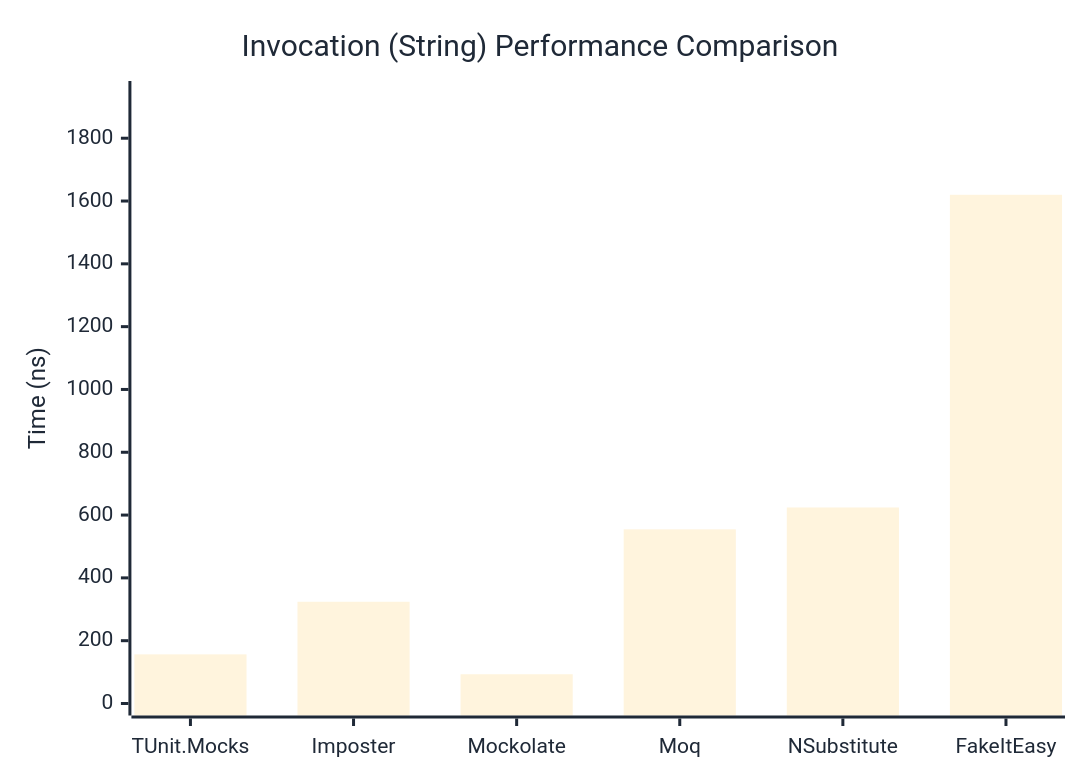
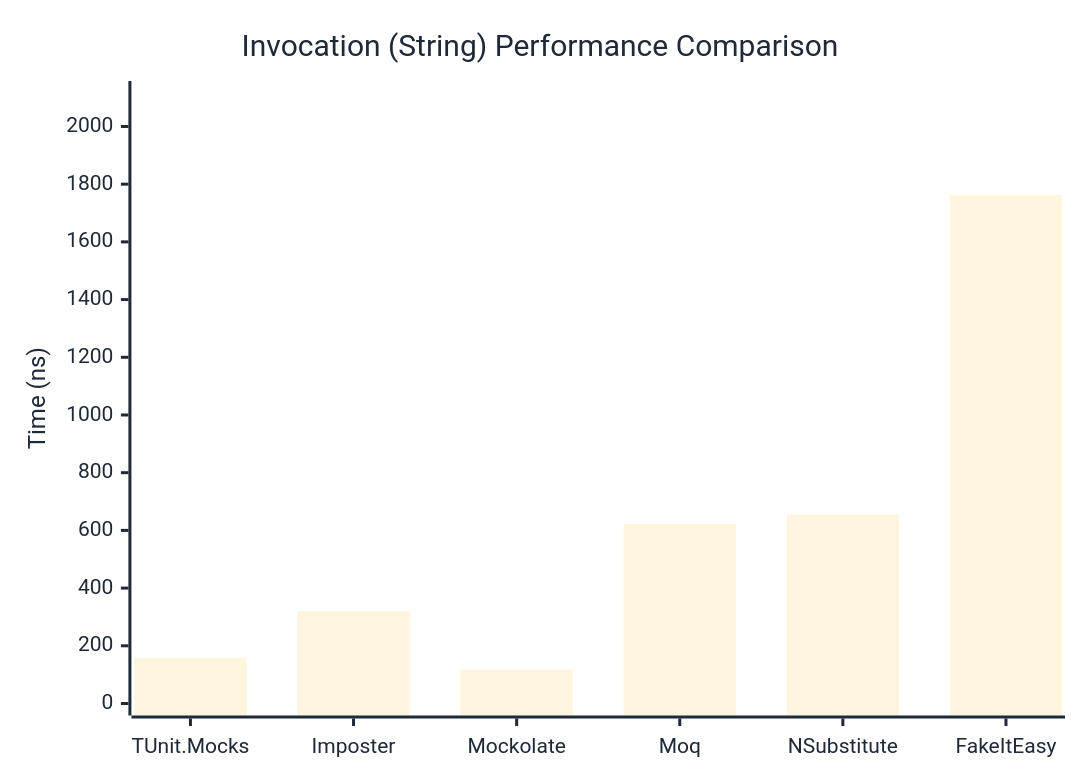
One commit to weiyilai/TUnit changed the second of 3 diagrams in docs/docs/benchmarks/mocks/Invocation.md. Above: the diagram before and after it, drawn with Mermaid. The commit also changed other lines of this file and 14 other files, not shown here.

````diff
--- a/docs/docs/benchmarks/mocks/Invocation.md
+++ b/docs/docs/benchmarks/mocks/Invocation.md
@@ -69,27 +69,27 @@
 ```mermaid
 %%{init: {
   'theme':'base',
   'themeVariables': {
     'primaryColor': '#2563eb',
     'primaryTextColor': '#1f2937',
     'primaryBorderColor': '#1e40af',
     'lineColor': '#6b7280',
     'secondaryColor': '#7c3aed',
     'tertiaryColor': '#dc2626',
     'background': '#ffffff',
     'pie1': '#2563eb',
     'pie2': '#7c3aed',
     'pie3': '#dc2626',
     'pie4': '#f59e0b',
     'pie5': '#10b981',
     'pie6': '#06b6d4',
     'pie7': '#ec4899',
     'pie8': '#6366f1'
   }
 }}%%
 xychart-beta
   title "Invocation (String) Performance Comparison"
   x-axis ["TUnit.Mocks", "Imposter", "Mockolate", "Moq", "NSubstitute", "FakeItEasy"]
-  y-axis "Time (ns)" 0 --> 1944
-  bar [156.52, 323.98, 93.11, 554.61, 624.18, 1619.9]
+  y-axis "Time (ns)" 0 --> 2116
+  bar [158.2, 320.8, 117.6, 622.5, 654.8, 1763.2]
 ```
````
